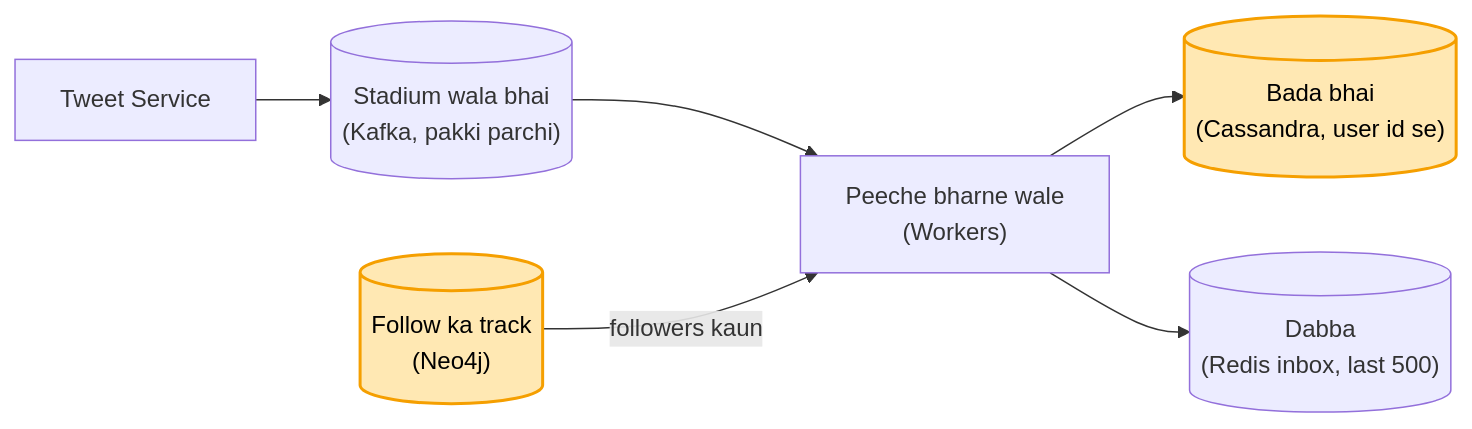
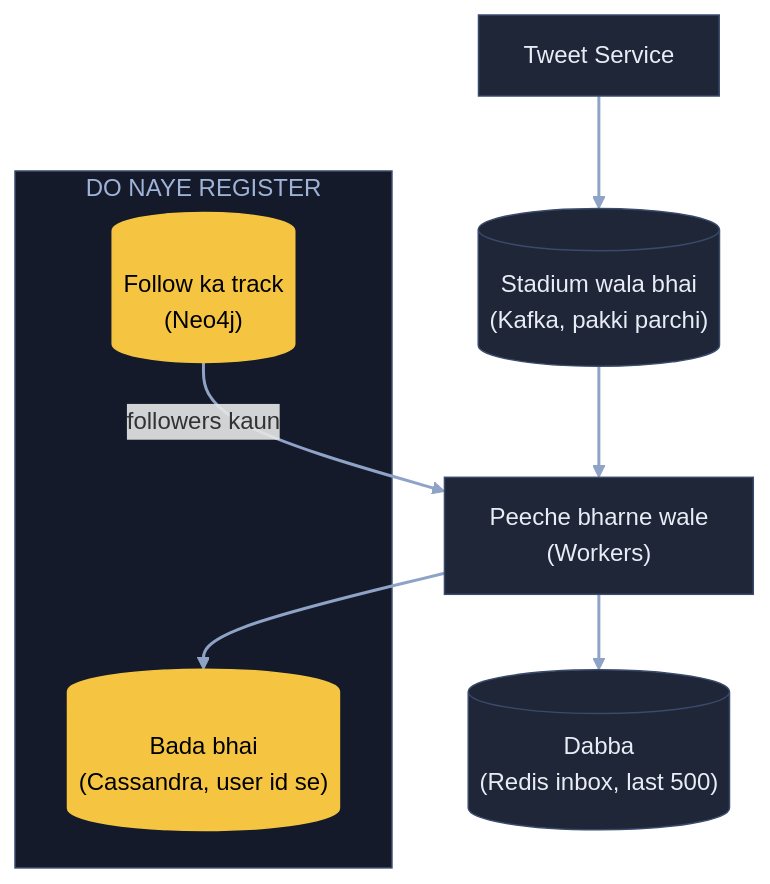
Before and after one commit to ArpanMaheshwari144/Prep: the seventh of 15 diagrams in 04_HLD/SYSTEM_DESIGNS/03_twitter_feed/03_twitter_feed.md, drawn with Mermaid. The commit also changed other lines of this file, not shown here.

Commit message:
Twitter: 15 diagram YouTube (reel) wale card andaaz me

````diff
--- a/04_HLD/SYSTEM_DESIGNS/03_twitter_feed/03_twitter_feed.md
+++ b/04_HLD/SYSTEM_DESIGNS/03_twitter_feed/03_twitter_feed.md
@@ -169,10 +240,22 @@
 ```mermaid
-flowchart LR
-    TS["Tweet Service"] --> K[("Stadium wala bhai<br/>(Kafka, pakki parchi)")]
-    K --> FW["Peeche bharne wale<br/>(Workers)"]
-    FW --> C[("Bada bhai<br/>(Cassandra, user id se)")]
-    G[("Follow ka track<br/>(Neo4j)")] -- "followers kaun" --> FW
-    FW --> IN[("Dabba<br/>(Redis inbox, last 500)")]
-    style C fill:#ffe8b3,stroke:#f59f00,stroke-width:2px,color:#000
-    style G fill:#ffe8b3,stroke:#f59f00,stroke-width:2px,color:#000
+flowchart TB
+    TS["Tweet Service"]:::card
+    K[("Stadium wala bhai<br/>(Kafka, pakki parchi)")]:::card
+    FW["Peeche bharne wale<br/>(Workers)"]:::card
+    subgraph DBS["DO NAYE REGISTER"]
+        C[("Bada bhai<br/>(Cassandra, user id se)")]:::pill
+        G[("Follow ka track<br/>(Neo4j)")]:::pill
+    end
+    IN[("Dabba<br/>(Redis inbox, last 500)")]:::card
+    TS --> K
+    K --> FW
+    FW --> C
+    G -- "followers kaun" --> FW
+    FW --> IN
+    linkStyle default stroke:#8fa3c7,stroke-width:2px
+    classDef card fill:#1e2638,stroke:#3a4a6b,color:#e8ecf5
+    classDef pill fill:#f5c542,stroke:#f5c542,color:#000
+    classDef good fill:#2e7d4f,stroke:#3fbf6f,color:#fff
+    classDef bad fill:#5c1f24,stroke:#e05561,color:#fff
+    style DBS fill:#141a29,stroke:#3a4a6b,color:#9fb3d9
 ```
````
